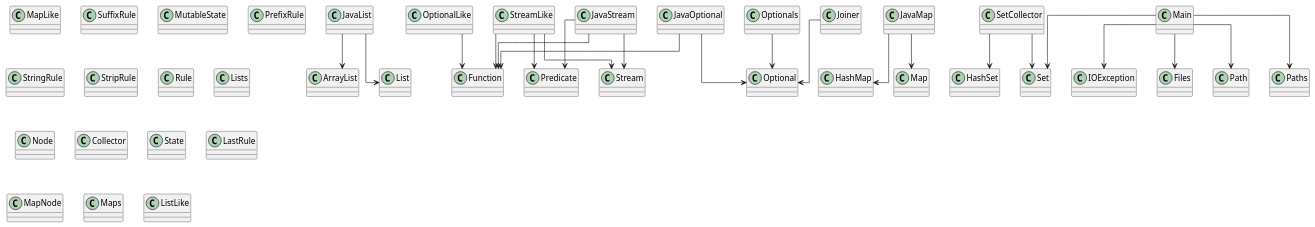
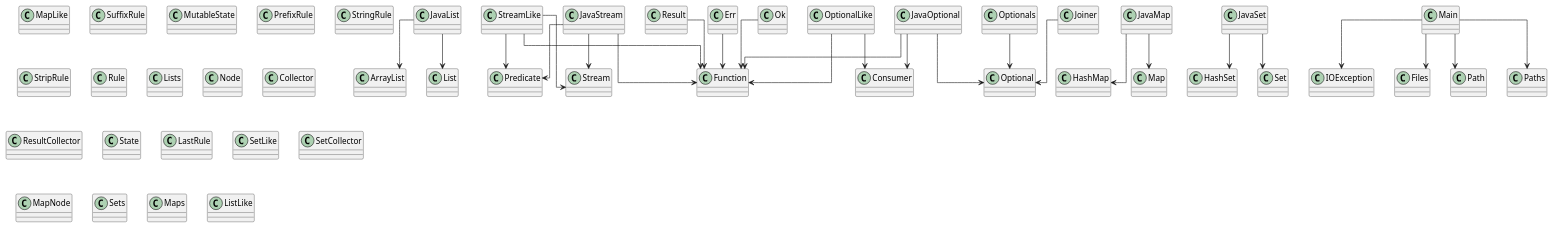
The diagram in diagram.puml (SirMathhman/Magma), drawn with PlantUML before and after one commit. The commit also changed 11 other files, not shown here.

```diff
--- a/diagram.puml
+++ b/diagram.puml
@@ -1,51 +1,62 @@
 @startuml
 skinparam linetype ortho
 class MapLike
 class SuffixRule
 class JavaList
 JavaList --> ArrayList
 JavaList --> List
 class MutableState
 class StreamLike
 StreamLike --> Function
 StreamLike --> Predicate
 StreamLike --> Stream
 class PrefixRule
 class StringRule
 class StripRule
 class Joiner
 Joiner --> Optional
 class Rule
 class Lists
 class Node
 class Collector
 class OptionalLike
+OptionalLike --> Consumer
 OptionalLike --> Function
+class ResultCollector
 class State
+class Result
+Result --> Function
 class JavaMap
 JavaMap --> HashMap
 JavaMap --> Map
 class JavaStream
 JavaStream --> Function
 JavaStream --> Predicate
 JavaStream --> Stream
+class Ok
+Ok --> Function
 class LastRule
+class SetLike
+class JavaSet
+JavaSet --> HashSet
+JavaSet --> Set
 class SetCollector
-SetCollector --> HashSet
-SetCollector --> Set
+class Err
+Err --> Function
 class MapNode
+class Sets
 class Main
 Main --> IOException
 Main --> Files
 Main --> Path
 Main --> Paths
-Main --> Set
 class Optionals
 Optionals --> Optional
 class Maps
 class ListLike
 class JavaOptional
 JavaOptional --> Optional
+JavaOptional --> Consumer
 JavaOptional --> Function
 
 @enduml
```
